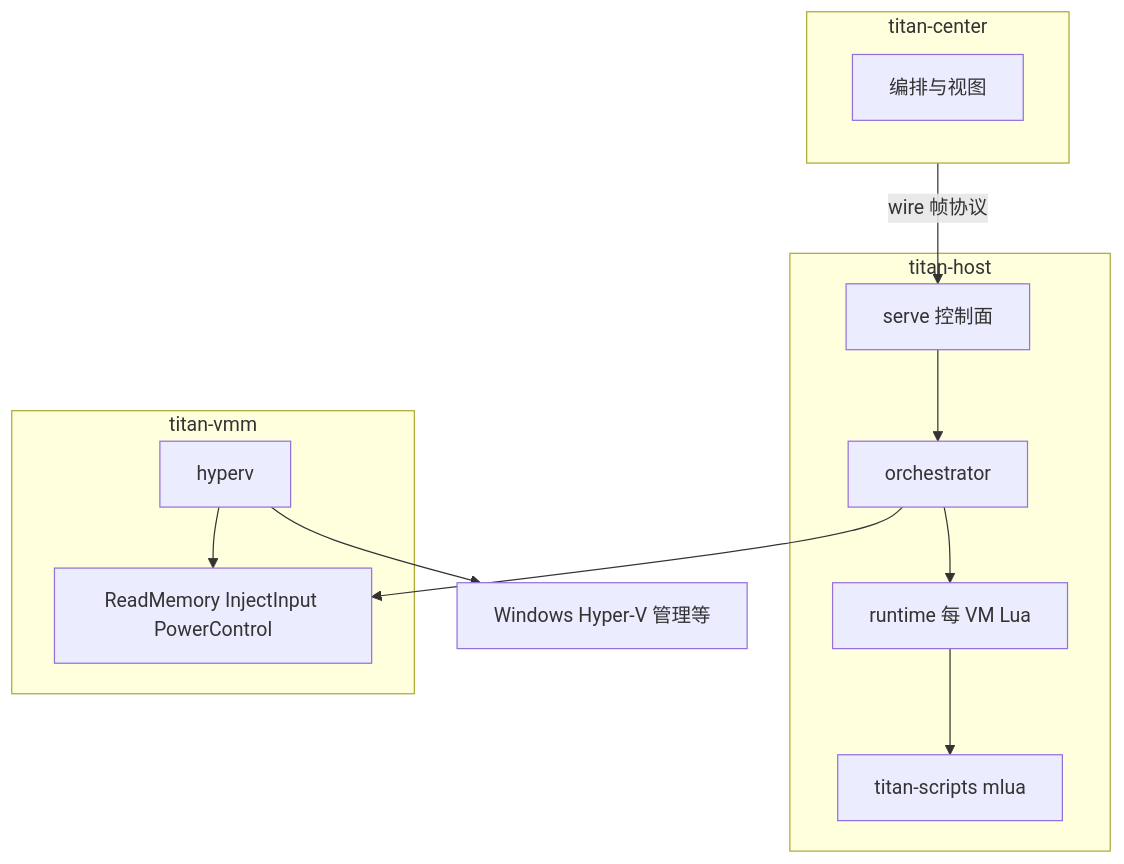
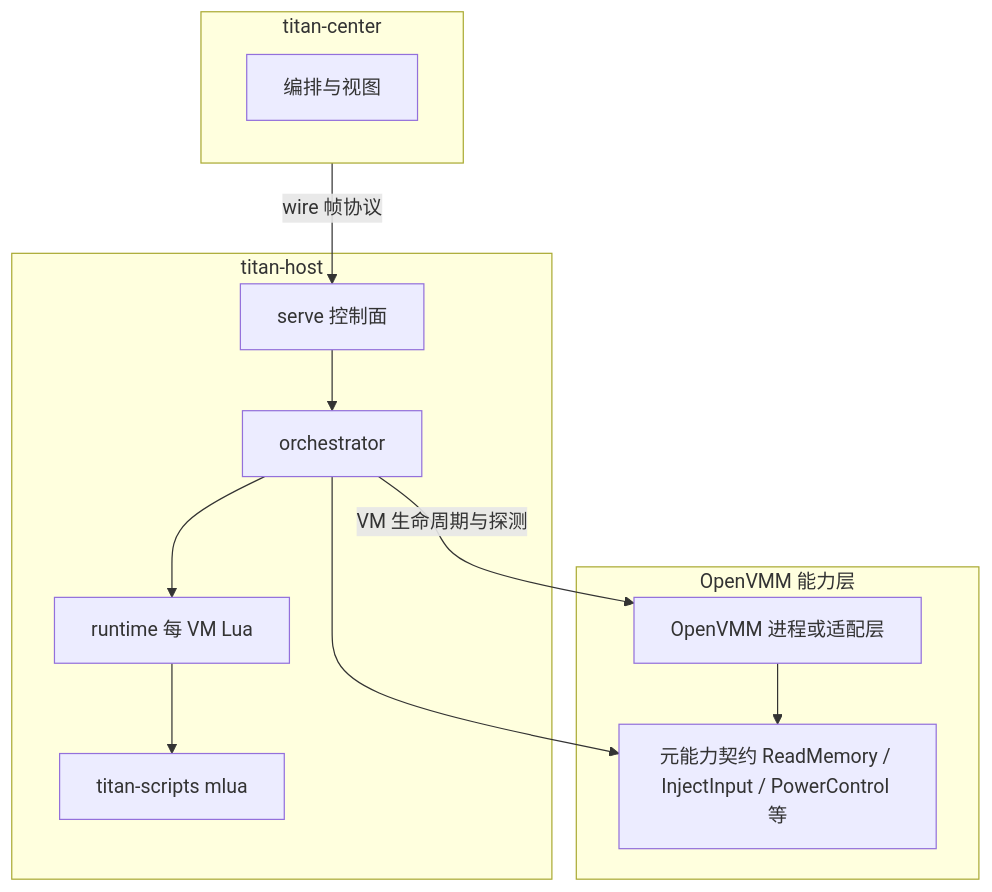
The diagram in docs/host-windows-architecture.md (ilkm/titan-v), drawn with Mermaid before and after one commit. The commit also changed other lines of this file and 22 other files, not shown here.

````diff
--- a/docs/host-windows-architecture.md
+++ b/docs/host-windows-architecture.md
@@ -19,23 +20,23 @@
 ```mermaid
 flowchart TB
   subgraph center [titan-center]
     UI[编排与视图]
   end
   subgraph host [titan-host]
     Serve[serve 控制面]
     Orch[orchestrator]
     Runtime[runtime 每 VM Lua]
     Scripts[titan-scripts mlua]
   end
-  subgraph vmm [titan-vmm]
-    Hyperv[hyperv]
-    Traits[ReadMemory InjectInput PowerControl]
+  subgraph vmm [OpenVMM 能力层]
+    OVMM[OpenVMM 进程或适配层]
+    Traits[元能力契约 ReadMemory / InjectInput / PowerControl 等]
   end
   center -->|wire 帧协议| Serve
   Serve --> Orch
+  Orch -->|VM 生命周期与探测| OVMM
   Orch --> Traits
-  Hyperv --> Traits
+  OVMM --> Traits
   Runtime --> Scripts
   Orch --> Runtime
-  Hyperv --> WinAPI[Windows Hyper-V 管理等]
 ```
````
